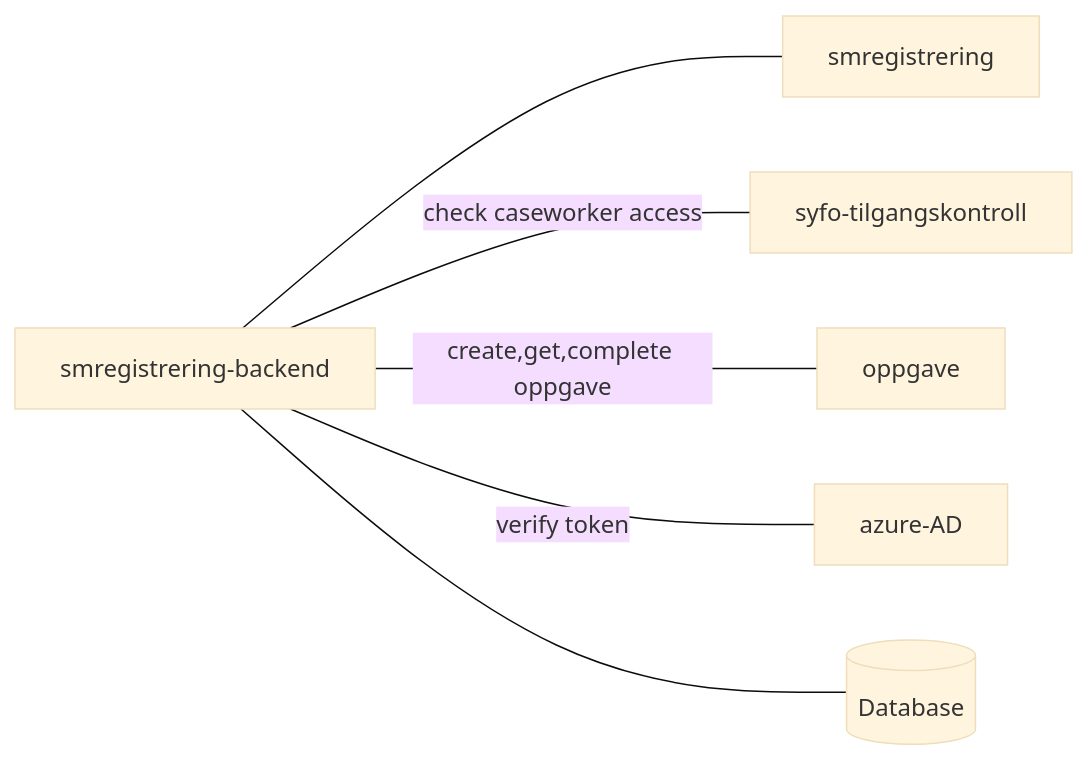
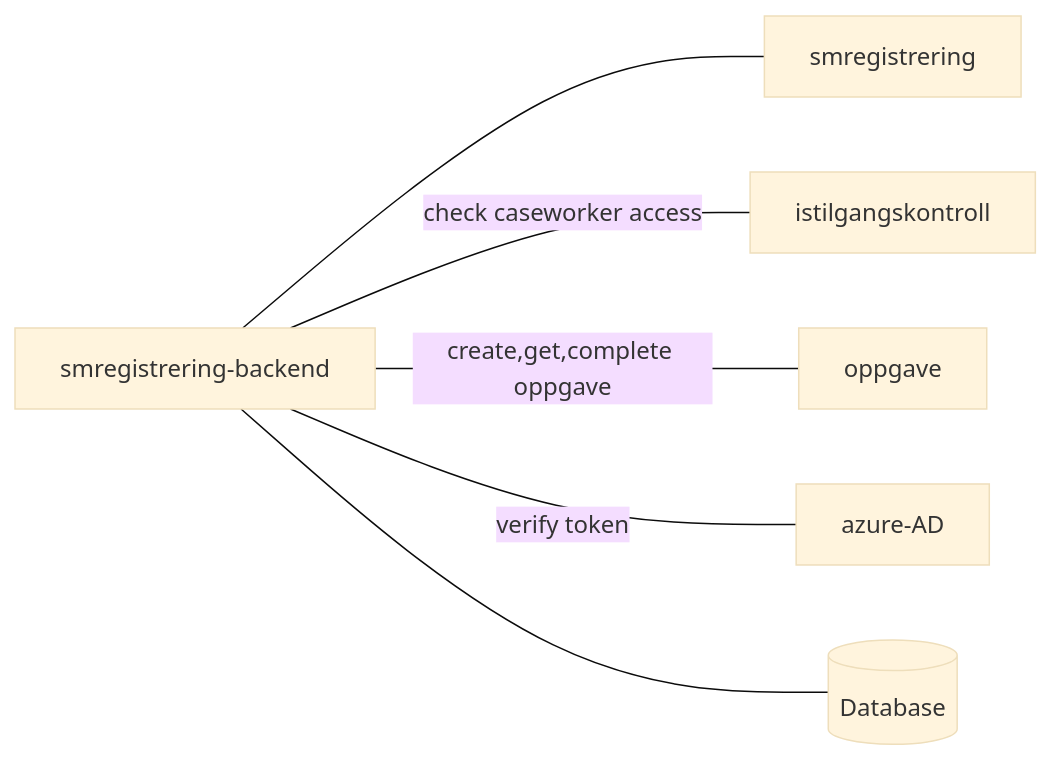
The diagram in README.md (navikt/smregistrering-backend), drawn with Mermaid (base theme) before and after one commit. The commit also changed 13 other files, not shown here.

````diff
--- a/README.md
+++ b/README.md
@@ -19,10 +19,10 @@
 ```mermaid
   graph LR;
         
       smregistrering-backend --- smregistrering;
-      smregistrering-backend -- check caseworker access --- syfo-tilgangskontroll;
+      smregistrering-backend -- check caseworker access --- istilgangskontroll;
       smregistrering-backend -- create,get,complete oppgave --- oppgave;
       smregistrering-backend -- verify token --- azure-AD;
       smregistrering-backend --- id1[(Database)];
  
 ```
````
